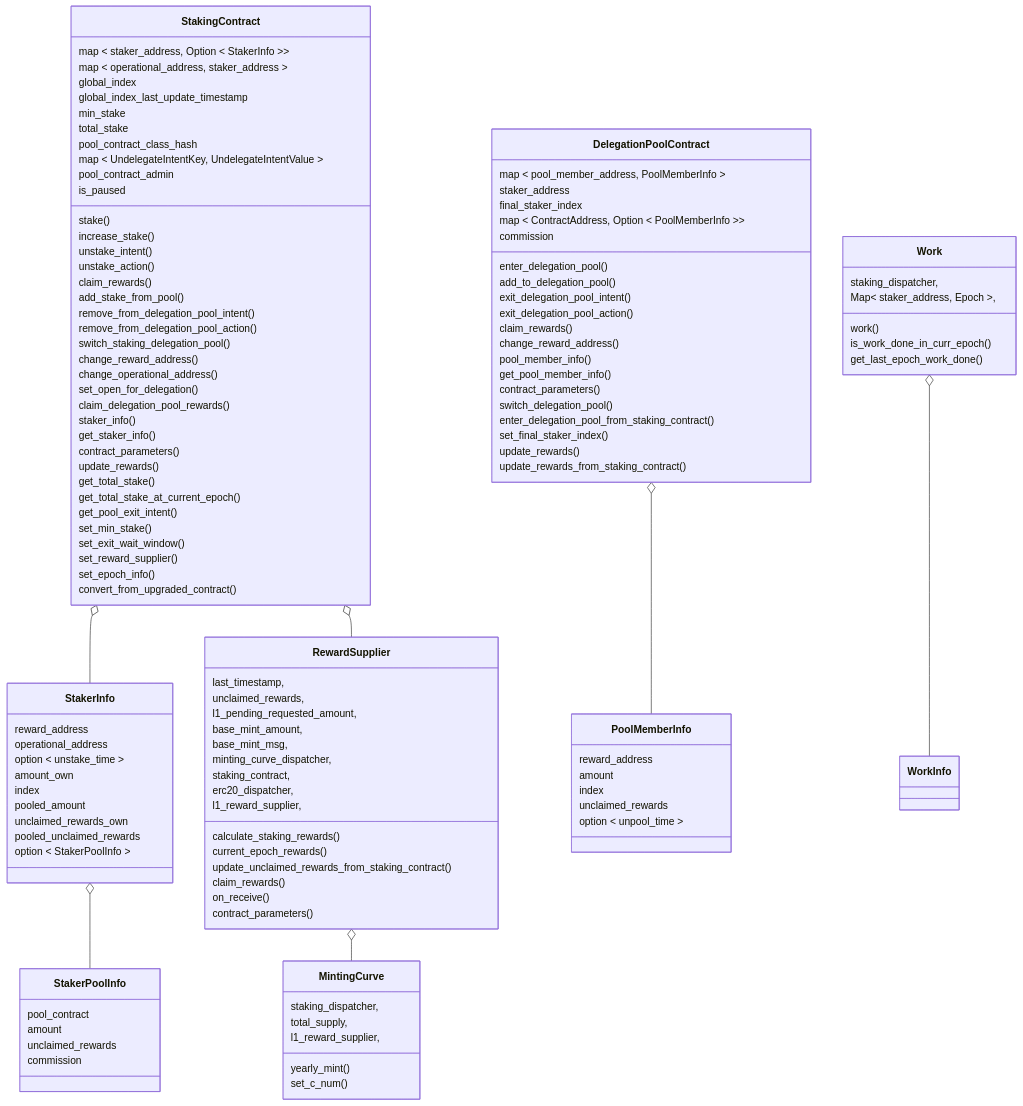
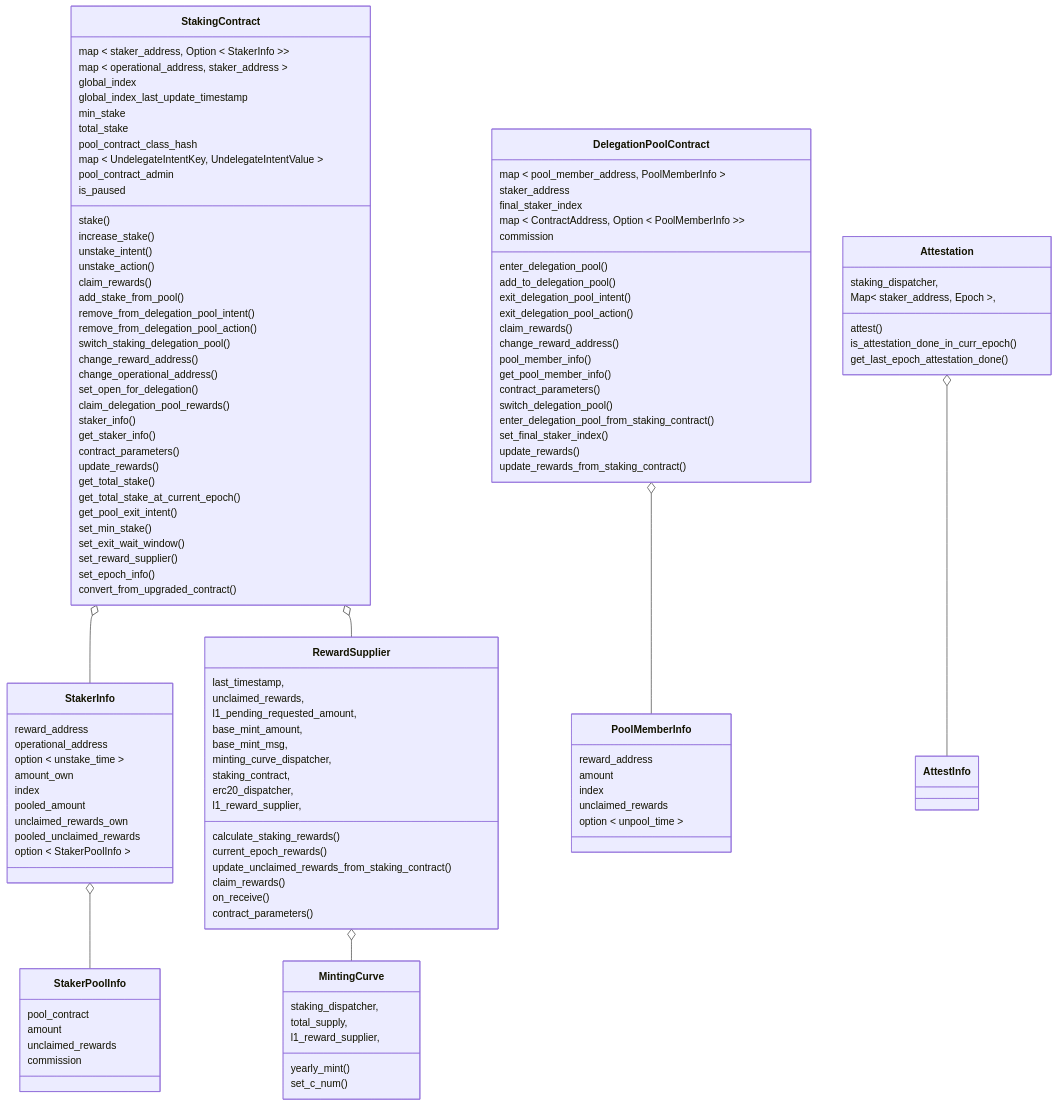
One commit to starkware-libs/starknet-staking changed the first of 8 diagrams in workspace/apps/staking/docs/spec.md. Above: the diagram before and after it, drawn with Mermaid. The commit also changed other lines of this file and 3 other files, not shown here.

````diff
--- a/workspace/apps/staking/docs/spec.md
+++ b/workspace/apps/staking/docs/spec.md
@@ -296,19 +295,19 @@
     yearly_mint()
     set_c_num()
   }
-  class Work {
+  class Attestation {
     staking_dispatcher,
     Map< staker_address, Epoch >,
-    work()
-    is_work_done_in_curr_epoch()
-    get_last_epoch_work_done()
+    attest()
+    is_attestation_done_in_curr_epoch()
+    get_last_epoch_attestation_done()
   }
-  class WorkInfo{
+  class AttestInfo{
   }
   StakingContract o-- StakerInfo
   StakerInfo o-- StakerPoolInfo
   DelegationPoolContract o-- PoolMemberInfo
   StakingContract o-- RewardSupplier
   RewardSupplier o-- MintingCurve
-  Work o-- WorkInfo
+  Attestation o-- AttestInfo
 ```
````
